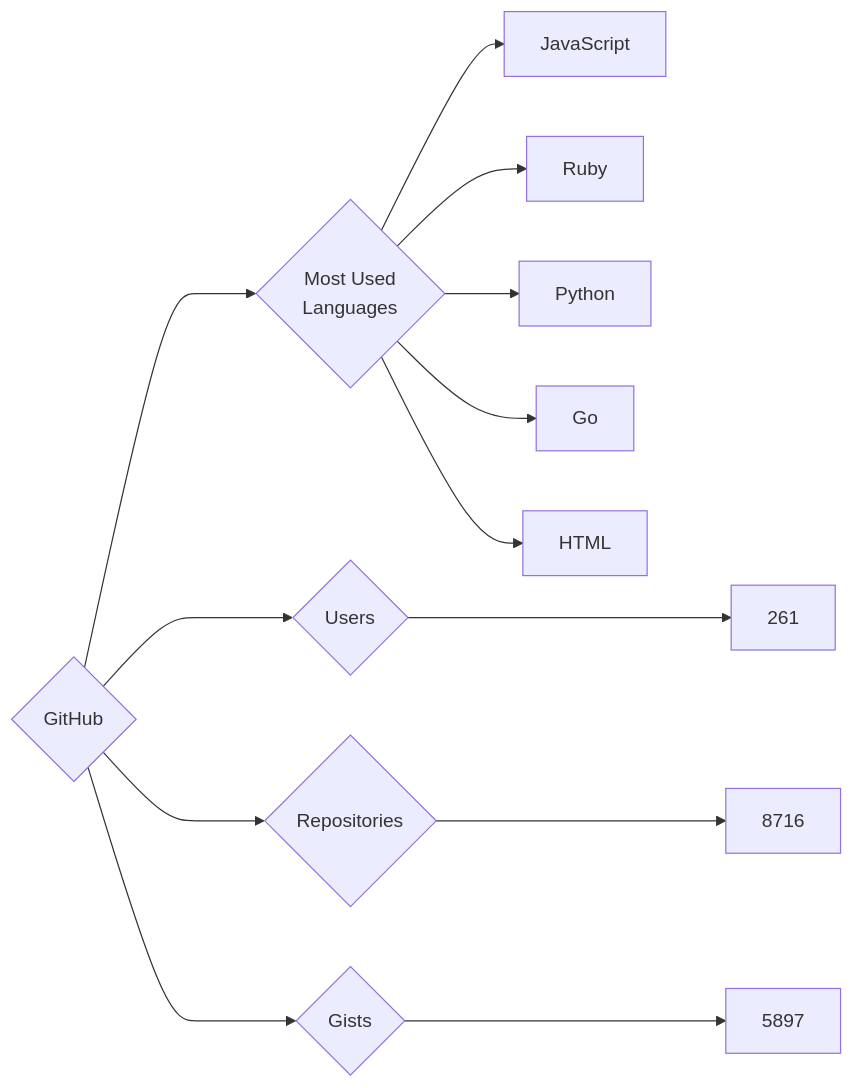
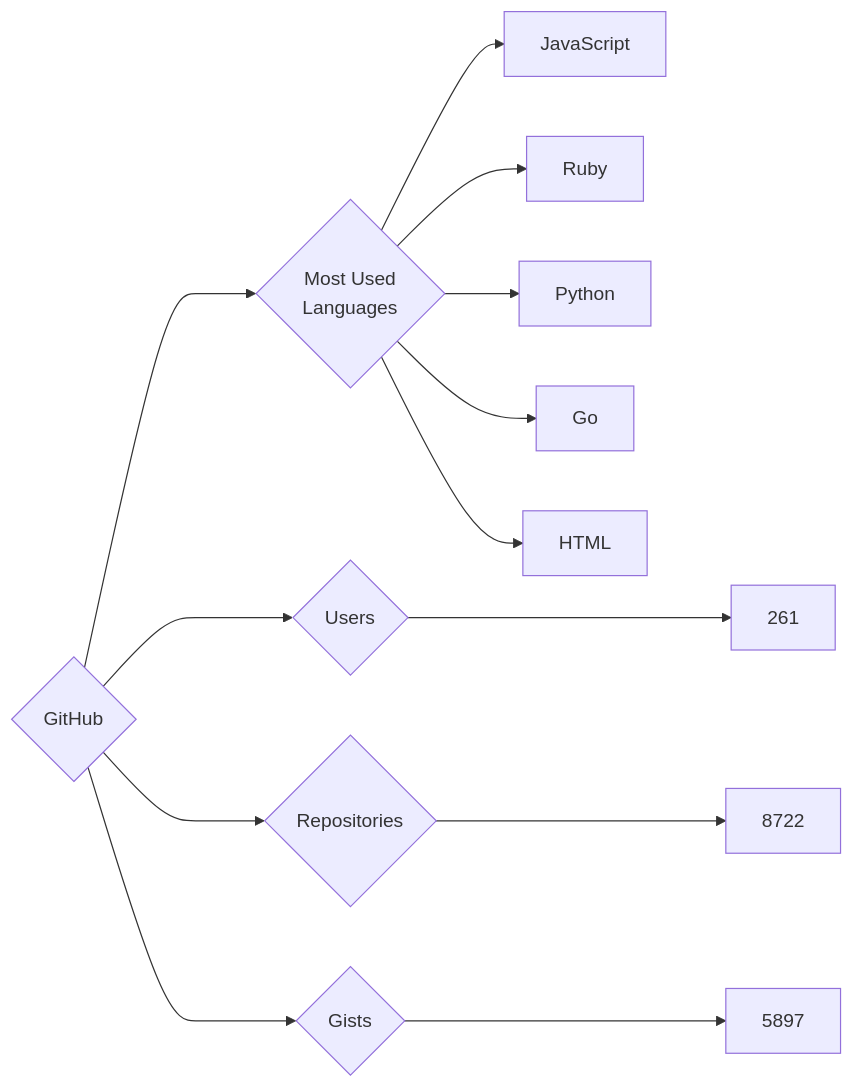
The diagram in targets/GitHub/README.md (trickest/insiders), drawn with Mermaid before and after one commit. The commit also changed 553 other files, not shown here.

````diff
--- a/targets/GitHub/README.md
+++ b/targets/GitHub/README.md
@@ -3,13 +3,13 @@
 ```mermaid
 graph LR
 COMPANY_NAME{GitHub}
 COMPANY_NAME ---> U{Users} ---> UN[261]
-COMPANY_NAME ---> R{Repositories} ---> RN[8716]
+COMPANY_NAME ---> R{Repositories} ---> RN[8722]
 COMPANY_NAME ---> G{Gists} ---> GN[5897]
 COMPANY_NAME ---> ML{Most Used<br>Languages}
 ML --> JavaScript[JavaScript]
 ML --> Ruby[Ruby]
 ML --> Python[Python]
 ML --> Go[Go]
 ML --> HTML[HTML]
 ```
````
